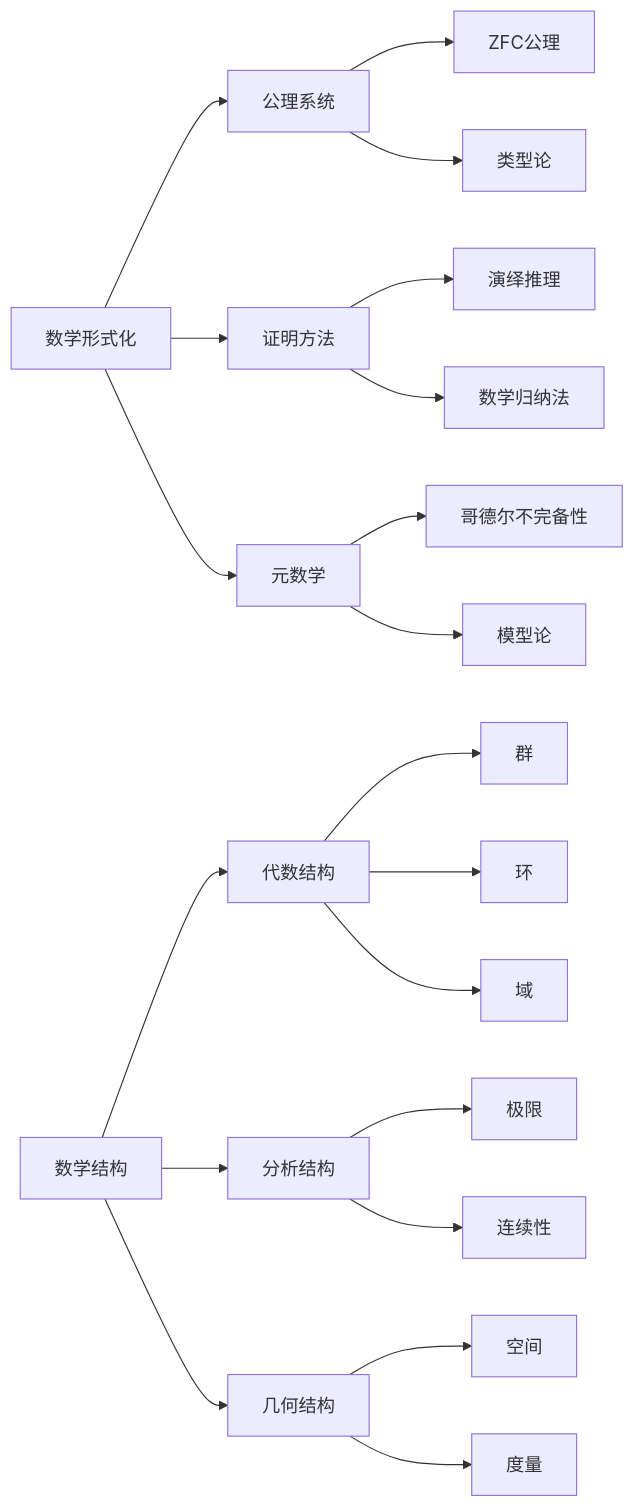
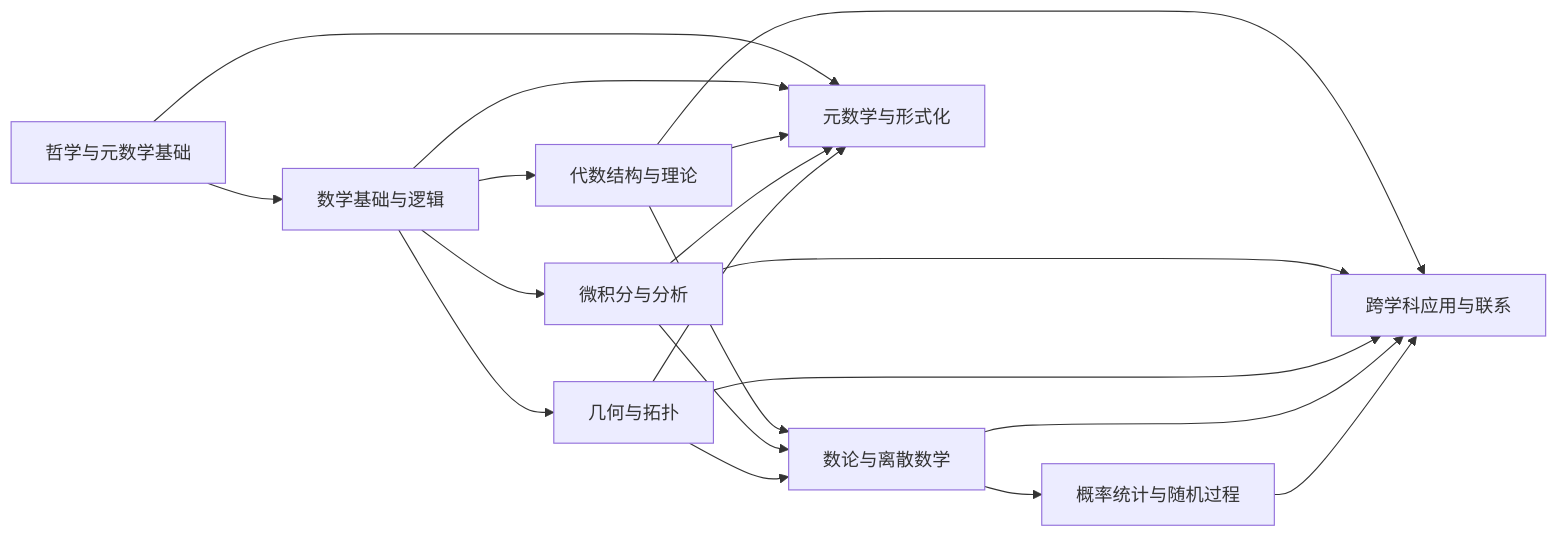
One commit to AdaMartin18010/Mathematics changed the second of 3 diagrams in Math/Refactor/00-项目总览/00-数学知识体系重构总览.md. Above: the diagram before and after it, drawn with Mermaid. The commit also changed other lines of this file and 61 other files, not shown here.

````diff
--- a/Math/Refactor/00-项目总览/00-数学知识体系重构总览.md
+++ b/Math/Refactor/00-项目总览/00-数学知识体系重构总览.md
@@ -124,29 +72,21 @@
 ```mermaid
 graph LR
-    A[数学形式化] --> B[公理系统]
-    A --> C[证明方法]
-    A --> D[元数学]
-    
-    B --> E[ZFC公理]
-    B --> F[类型论]
-    
-    C --> G[演绎推理]
-    C --> H[数学归纳法]
-    
-    D --> I[哥德尔不完备性]
-    D --> J[模型论]
-    
-    K[数学结构] --> L[代数结构]
-    K --> M[分析结构]
-    K --> N[几何结构]
-    
-    L --> O[群]
-    L --> P[环]
-    L --> Q[域]
-    
-    M --> R[极限]
-    M --> S[连续性]
-    
-    N --> T[空间]
-    N --> U[度量]
+    A[哲学与元数学基础] --> B[数学基础与逻辑]
+    B --> C[代数结构与理论]
+    B --> D[微积分与分析]
+    B --> E[几何与拓扑]
+    C --> F[数论与离散数学]
+    D --> F
+    E --> F
+    F --> G[概率统计与随机过程]
+    C --> H[跨学科应用与联系]
+    D --> H
+    E --> H
+    F --> H
+    G --> H
+    A --> I[元数学与形式化]
+    B --> I
+    C --> I
+    D --> I
+    E --> I
 ```
````
